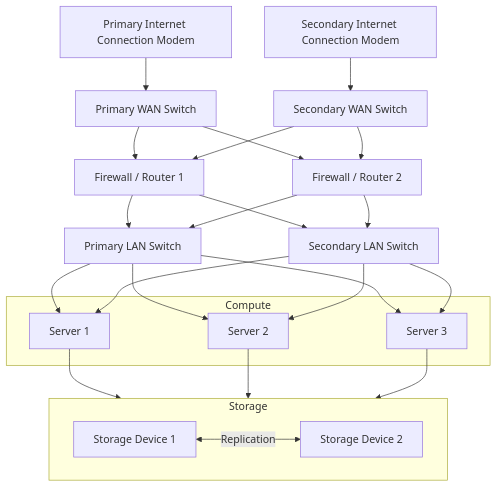
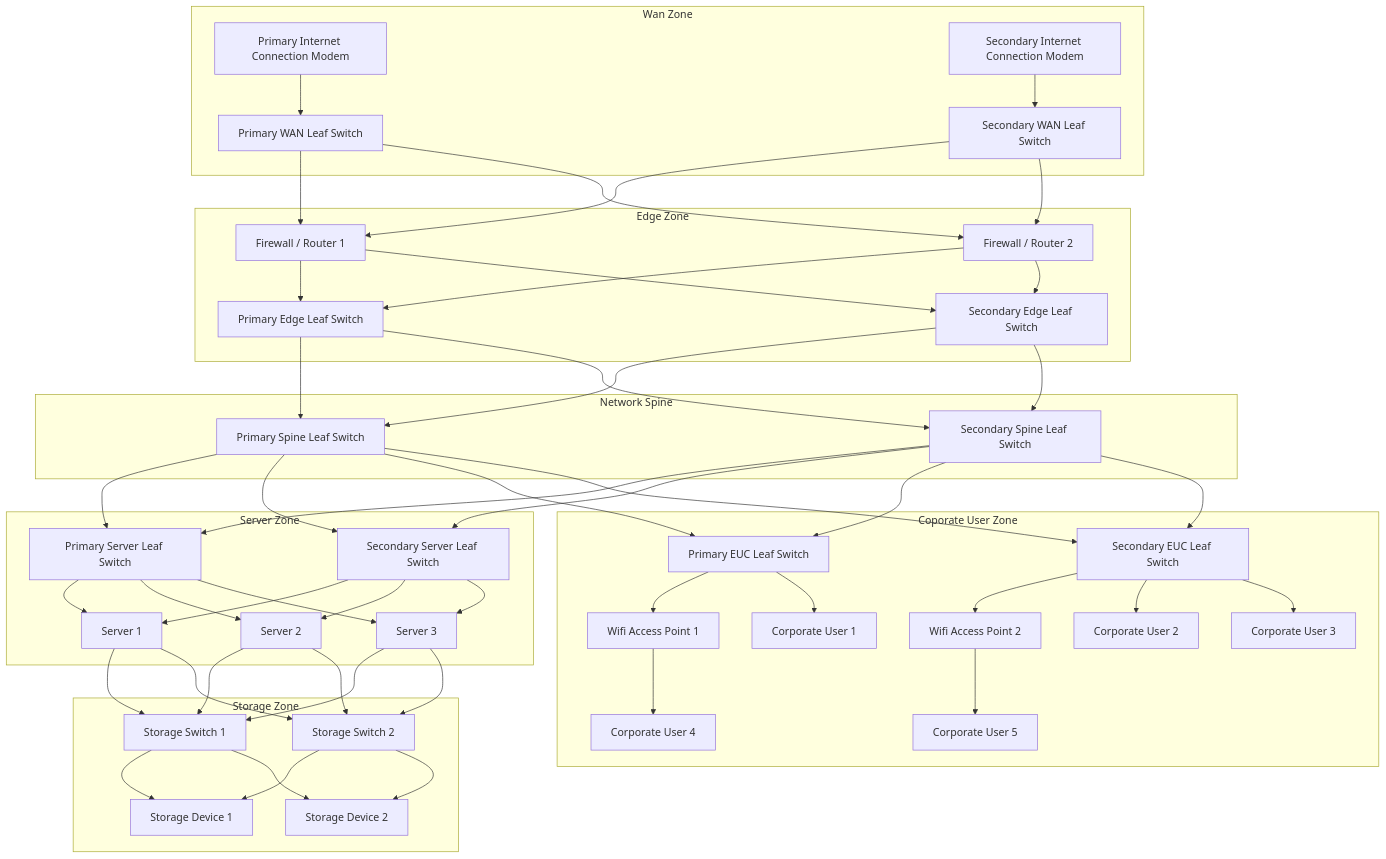
Before and after one commit to RootwireLtd/OpenDocs: the second of 2 diagrams in opendocs/docs/sysadmin-guides/greenfield-environment/physical-network-design.md, drawn with Mermaid. The commit also changed other lines of this file, not shown here.

Commit message:
Add additional detail to HA setup design

````diff
--- a/opendocs/docs/sysadmin-guides/greenfield-environment/physical-network-design.md
+++ b/opendocs/docs/sysadmin-guides/greenfield-environment/physical-network-design.md
@@ -51,49 +55,104 @@
 
 graph TD
 
-WAN1[Primary Internet Connection Modem]
-WAN2[Secondary Internet Connection Modem]
-WanSwitch1[Primary WAN Switch]
-WanSwitch2[Secondary WAN Switch]
-Firewall1[Firewall / Router 1]
-Firewall2[Firewall / Router 2]
-LanSwitch1[Primary LAN Switch]
-LanSwitch2[Secondary LAN Switch]
+subgraph WAN[Wan Zone]
+    WAN1[Primary Internet Connection Modem]
+    WAN2[Secondary Internet Connection Modem]
+    WanSwitch1[Primary WAN Leaf Switch]
+    WanSwitch2[Secondary WAN Leaf Switch]
+end
 
 WAN1 --> WanSwitch1
 WAN2 --> WanSwitch2
+
+subgraph Edge[Edge Zone]
+    Firewall1[Firewall / Router 1]
+    Firewall2[Firewall / Router 2]
+    EdgeLeafSwitch1[Primary Edge Leaf Switch]
+    EdgeLeafSwitch2[Secondary Edge Leaf Switch]
+
+    Firewall1 --> EdgeLeafSwitch1
+    Firewall1 --> EdgeLeafSwitch2
+    Firewall2 --> EdgeLeafSwitch1
+    Firewall2 --> EdgeLeafSwitch2
+end
+
 WanSwitch1 --> Firewall1
 WanSwitch1 --> Firewall2
 WanSwitch2 --> Firewall1
 WanSwitch2 --> Firewall2
-Firewall1 --> LanSwitch1
-Firewall1 --> LanSwitch2
-Firewall2 --> LanSwitch1
-Firewall2 --> LanSwitch2
-LanSwitch1 --> Server1
-LanSwitch1 --> Server2
-LanSwitch1 --> Server3
-LanSwitch2 --> Server1
-LanSwitch2 --> Server2
-LanSwitch2 --> Server3
 
-subgraph Compute
+subgraph Spine[Network Spine]
+    SpineLanSwitch1[Primary Spine Leaf Switch]
+    SpineLanSwitch2[Secondary Spine Leaf Switch]
+end
+
+EdgeLeafSwitch1 --> SpineLanSwitch1
+EdgeLeafSwitch1 --> SpineLanSwitch2
+EdgeLeafSwitch2 --> SpineLanSwitch1
+EdgeLeafSwitch2 --> SpineLanSwitch2
+
+
+subgraph Server[Server Zone]
+    ServerLanSwitch1[Primary Server Leaf Switch]
+    ServerLanSwitch2[Secondary Server Leaf Switch]
     Server1[Server 1]
     Server2[Server 2]
     Server3[Server 3]
+    ServerLanSwitch1 --> Server1
+    ServerLanSwitch1 --> Server2
+    ServerLanSwitch1 --> Server3
+    ServerLanSwitch2 --> Server1
+    ServerLanSwitch2 --> Server2
+    ServerLanSwitch2 --> Server3
 end
 
-Server1 --> StorageDevice1
-Server2 --> StorageDevice2
-Server3 --> StorageDevice1
+SpineLanSwitch1 --> ServerLanSwitch1
+SpineLanSwitch1 --> ServerLanSwitch2
+SpineLanSwitch2 --> ServerLanSwitch1
+SpineLanSwitch2 --> ServerLanSwitch2
 
-subgraph Storage
 
-    direction LR
+Server1 --> StorageSwitch1
+Server1 --> StorageSwitch2
+Server2 --> StorageSwitch1
+Server2 --> StorageSwitch2
+Server3 --> StorageSwitch1
+Server3 --> StorageSwitch2
+
+subgraph Storage[Storage Zone]
+    StorageSwitch1[Storage Switch 1]
+    StorageSwitch2[Storage Switch 2]
     StorageDevice1[Storage Device 1]
     StorageDevice2[Storage Device 2]
+    StorageSwitch1 --> StorageDevice1
+    StorageSwitch1 --> StorageDevice2
+    StorageSwitch2 --> StorageDevice1
+    StorageSwitch2 --> StorageDevice2
 end
 
-StorageDevice1 <--Replication--> StorageDevice2
+subgraph EUC[Coporate User Zone]
+    EUCLeafSwitch1[Primary EUC Leaf Switch]
+    EUCLeafSwitch2[Secondary EUC Leaf Switch]
+    WiFiAP1[Wifi Access Point 1]
+    WiFiAP2[Wifi Access Point 2]
+    EUC1[Corporate User 1]
+    EUC2[Corporate User 2]
+    EUC3[Corporate User 3]
+    EUC4[Corporate User 4]
+    EUC5[Corporate User 5]
+    EUCLeafSwitch1 --> WiFiAP1
+    EUCLeafSwitch2 --> WiFiAP2
+    EUCLeafSwitch1 --> EUC1
+    EUCLeafSwitch2 --> EUC2
+    EUCLeafSwitch2 --> EUC3
+    WiFiAP1 --> EUC4
+    WiFiAP2 --> EUC5
+end
+
+SpineLanSwitch1 --> EUCLeafSwitch1
+SpineLanSwitch1 --> EUCLeafSwitch2
+SpineLanSwitch2 --> EUCLeafSwitch1
+SpineLanSwitch2 --> EUCLeafSwitch2
 
 ```
````
